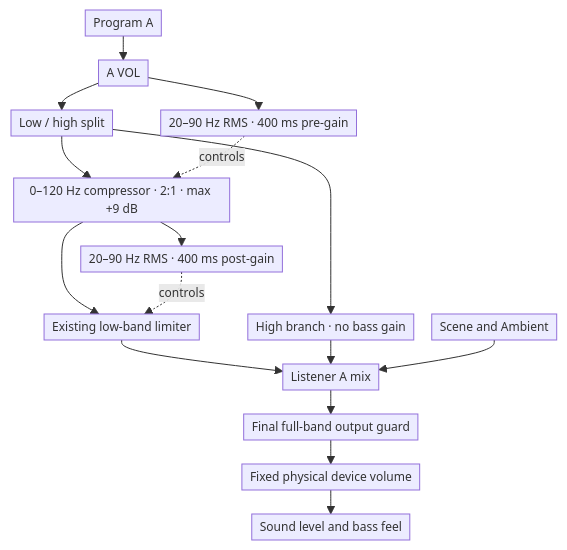
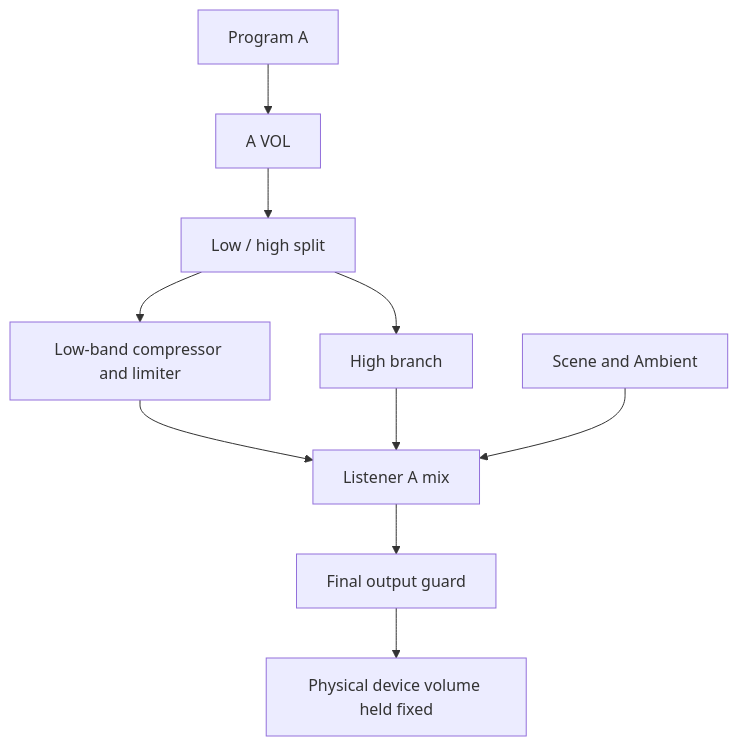
Before and after one commit to JukkaTLinjama/headrest-listening-test-lab: the diagram in README.md, drawn with Mermaid. The commit also changed other lines of this file, not shown here.

````diff
--- a/README.md
+++ b/README.md
@@ -108,19 +21,12 @@
 ```mermaid
-%%{init: {"flowchart": {"nodeSpacing": 18, "rankSpacing": 24, "padding": 4}, "themeVariables": {"fontSize": "12px"}}}%%
 flowchart TD
     source["Program A"] --> avol["A VOL"]
     avol --> split["Low / high split"]
-    split --> compressor["0–120 Hz compressor · 2:1 · max +9 dB"]
-    compressor --> limiter["Existing low-band limiter"]
-    limiter --> mix["Listener A mix"]
-    split --> high["High branch · no bass gain"]
+    split --> low["Low-band compressor and limiter"]
+    low --> mix["Listener A mix"]
+    split --> high["High branch"]
     high --> mix
-    avol --> preDetector["20–90 Hz RMS · 400 ms pre-gain"]
-    preDetector -. controls .-> compressor
-    compressor --> postDetector["20–90 Hz RMS · 400 ms post-gain"]
-    postDetector -. controls .-> limiter
-    background["Scene and Ambient"] --> mix
-    mix --> guard["Final full-band output guard"]
-    guard --> device["Fixed physical device volume"]
-    device --> output["Sound level and bass feel"]
+    ambient["Scene and Ambient"] --> mix
+    mix --> guard["Final output guard"]
+    guard --> device["Physical device volume held fixed"]
 ```
````
